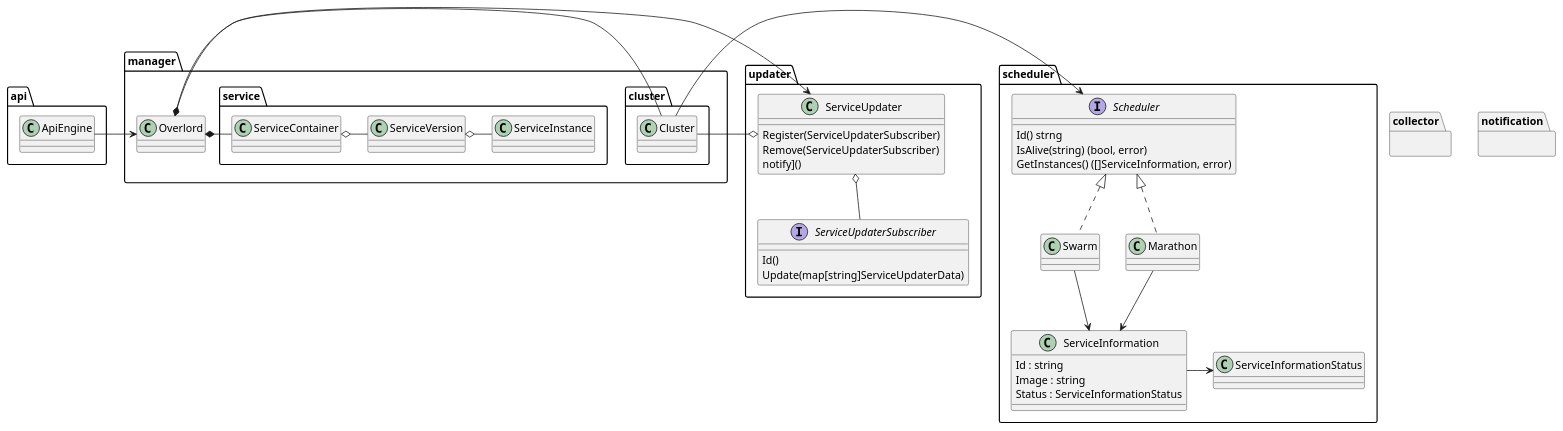
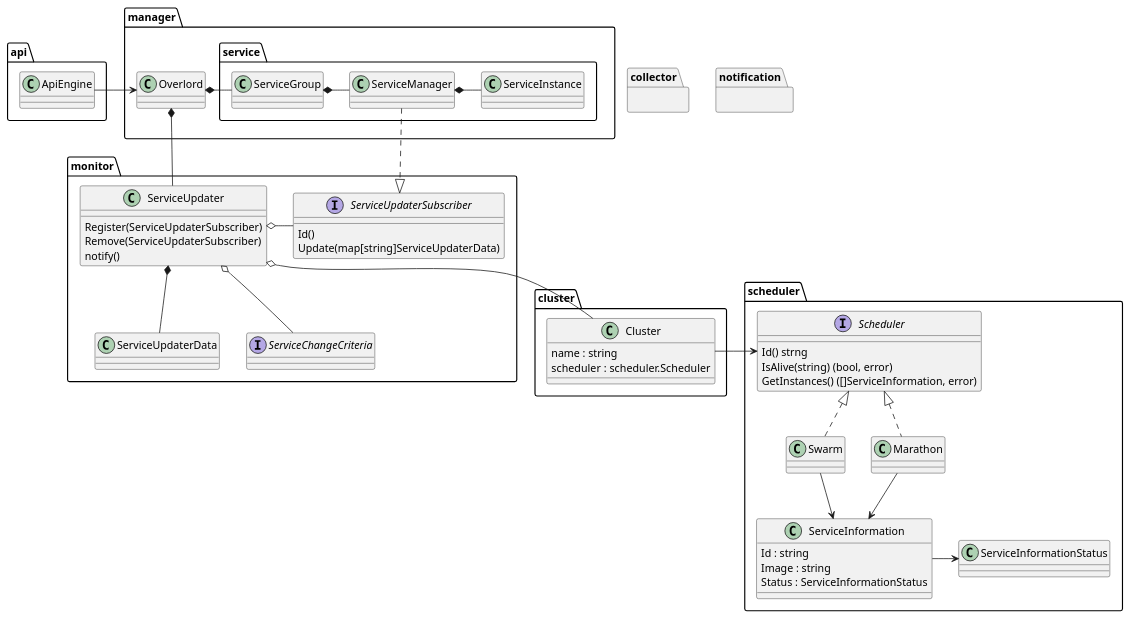
One commit to ch3lo/overlord changed the diagram in arquitectura.puml. Above: the diagram before and after it, drawn with PlantUML. The commit also changed 14 other files, not shown here.

Commit message:
Se cambia ubicacion de paquete cluster Se cambia dependencia de cluser con overlord Agrupacion de servicios acepta expresion regualr Se cambian nombre de clases a service group y service manager

```diff
--- a/arquitectura.puml
+++ b/arquitectura.puml
@@ -1,75 +1,85 @@
 @startuml
 package manager {
     class Overlord
-    package cluster {
-        class Cluster
-    }
+
     package service {
-        class ServiceContainer
-        class ServiceVersion
+        class ServiceGroup
+        class ServiceManager
         class ServiceInstance
     }
 }
 
-package "updater" {
+package cluster {
+    class Cluster {
+        name : string
+        scheduler : scheduler.Scheduler
+    }
+}
+
+package monitor {
     class ServiceUpdater {
         Register(ServiceUpdaterSubscriber)
         Remove(ServiceUpdaterSubscriber)
-        notify]()
+        notify()
     }
     interface ServiceUpdaterSubscriber {
         Id()
         Update(map[string]ServiceUpdaterData)
     }
+    class ServiceUpdaterData
+    interface ServiceChangeCriteria
 }
 
 package collector {
 }
 
 package notification {
 }
 
 package api {
   class ApiEngine
 }
 
 package scheduler {
     interface Scheduler {
         Id() strng
         IsAlive(string) (bool, error)
         GetInstances() ([]ServiceInformation, error)
     }
 
     class ServiceInformation {
         Id : string
         Image : string
         Status : ServiceInformationStatus
     }
 
     class Swarm
     class Marathon
     class ServiceInformationStatus
 }
 
 
 ApiEngine -> Overlord
 
-ServiceContainer -* Overlord
-ServiceContainer o- ServiceVersion
+ServiceGroup -* Overlord
+ServiceGroup *- ServiceManager
+ServiceManager *- ServiceInstance
 
-Overlord *- Cluster
-Overlord -> ServiceUpdater
+ServiceManager ..|> ServiceUpdaterSubscriber
+
+Overlord *- ServiceUpdater
 
 Swarm --> ServiceInformation
 Marathon --> ServiceInformation
 ServiceInformation -> ServiceInformationStatus
 
 Scheduler <|.. Swarm
 Scheduler <|.. Marathon
 
 Cluster -> Scheduler
-Cluster -o ServiceUpdater
-ServiceVersion o- ServiceInstance
+ServiceUpdater o-- Cluster
 
-ServiceUpdater o-- ServiceUpdaterSubscriber
+ServiceUpdater o- ServiceUpdaterSubscriber
+ServiceUpdater *-- ServiceUpdaterData
+ServiceUpdater o-- ServiceChangeCriteria
 @enduml
```
